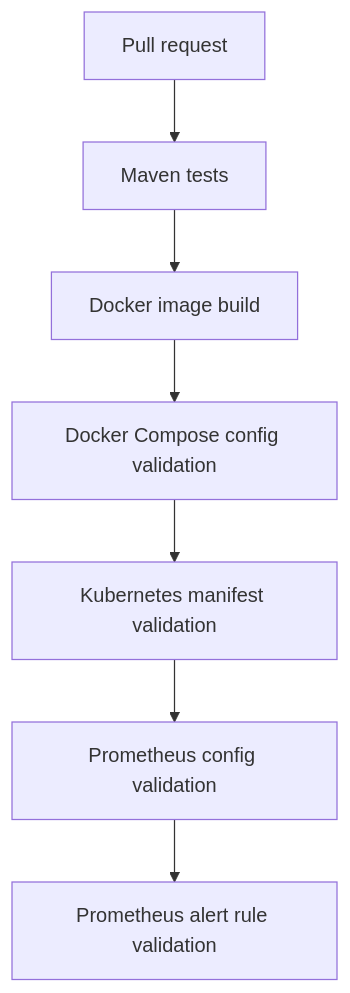
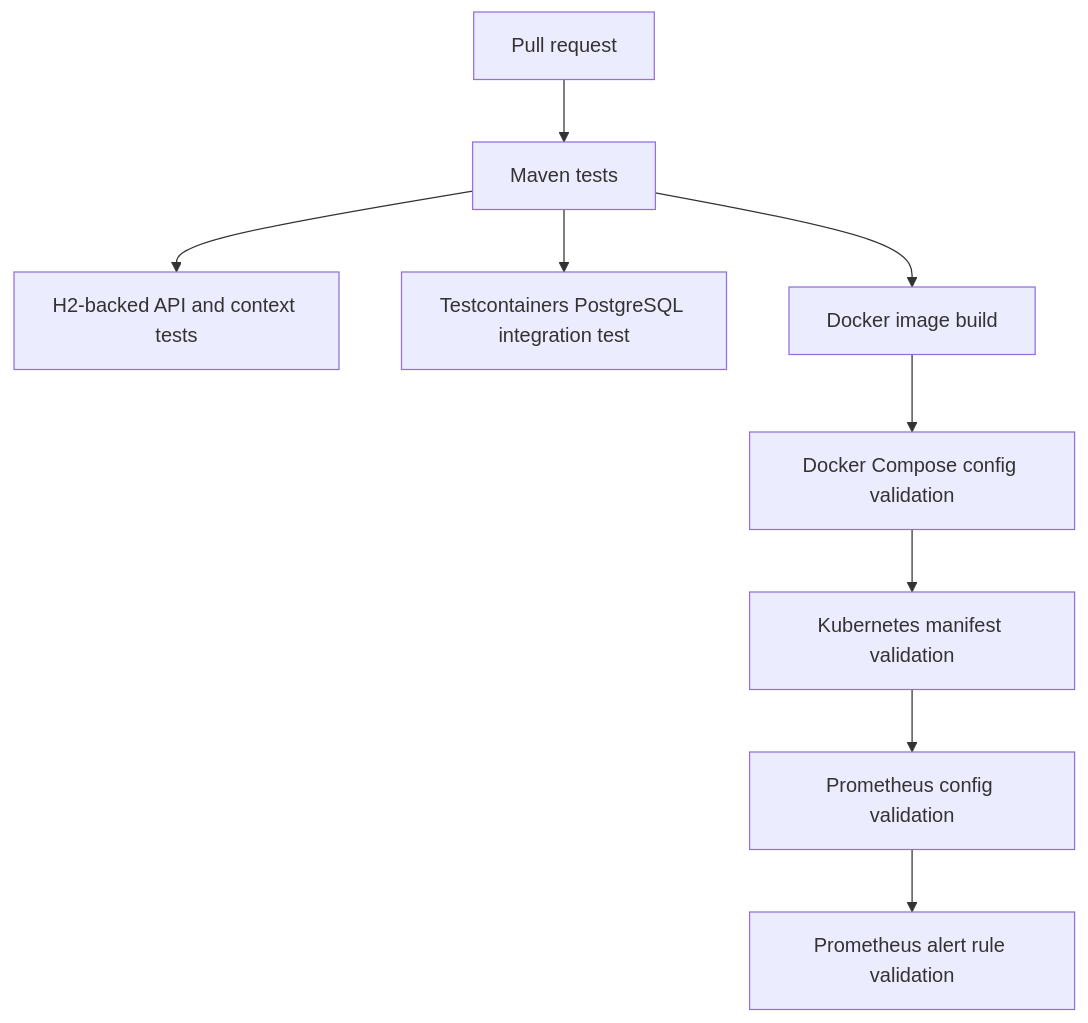
Before and after one commit to istvandezsi/java-cloud-platform-lab: the fourth of 4 diagrams in docs/architecture.md, drawn with Mermaid. The commit also changed other lines of this file, not shown here.

Commit message:
Document OpenAPI in architecture overview

````diff
--- a/docs/architecture.md
+++ b/docs/architecture.md
@@ -99,9 +131,11 @@
 ```mermaid
 flowchart TD
     PR[Pull request] --> Tests[Maven tests]
+    Tests --> H2Tests[H2-backed API and context tests]
+    Tests --> PostgreSqlTest[Testcontainers PostgreSQL integration test]
     Tests --> Docker[Docker image build]
     Docker --> Compose[Docker Compose config validation]
     Compose --> Kubernetes[Kubernetes manifest validation]
     Kubernetes --> PrometheusConfig[Prometheus config validation]
     PrometheusConfig --> PrometheusRules[Prometheus alert rule validation]
 ```
````
